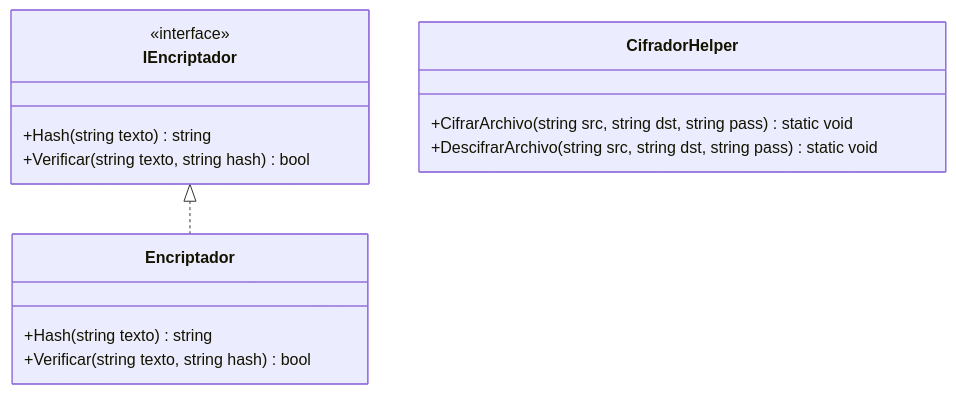
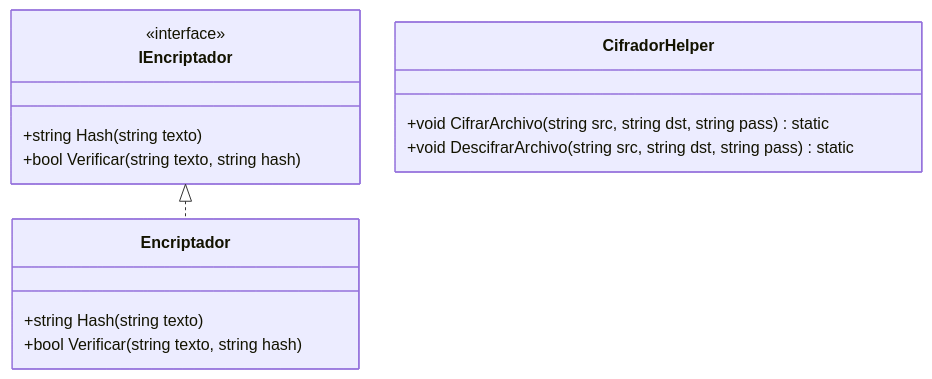
One commit to LautiSmyth/Stach changed the tenth of 25 diagrams in Documentacion/diagrams_code.md. Above: the diagram before and after it, drawn with Mermaid. The commit also changed other lines of this file, not shown here.

Commit message:
Doc: Format all Mermaid diagrams to match student ELK configuration layout and standard C# member type/name declarations

````diff
--- a/Documentacion/diagrams_code.md
+++ b/Documentacion/diagrams_code.md
@@ -238,17 +263,21 @@
 ```mermaid
+---
+config:
+  layout: elk
+---
 classDiagram
     class IEncriptador {
         <<interface>>
-        +Hash(string texto) string
-        +Verificar(string texto, string hash) bool
+        +string Hash(string texto)
+        +bool Verificar(string texto, string hash)
     }
     class Encriptador {
-        +Hash(string texto) string
-        +Verificar(string texto, string hash) bool
+        +string Hash(string texto)
+        +bool Verificar(string texto, string hash)
     }
     class CifradorHelper {
-        +CifrarArchivo(string src, string dst, string pass) static void
-        +DescifrarArchivo(string src, string dst, string pass) static void
+        +void CifrarArchivo(string src, string dst, string pass) static
+        +void DescifrarArchivo(string src, string dst, string pass) static
     }
     IEncriptador <|.. Encriptador
 ```
````
